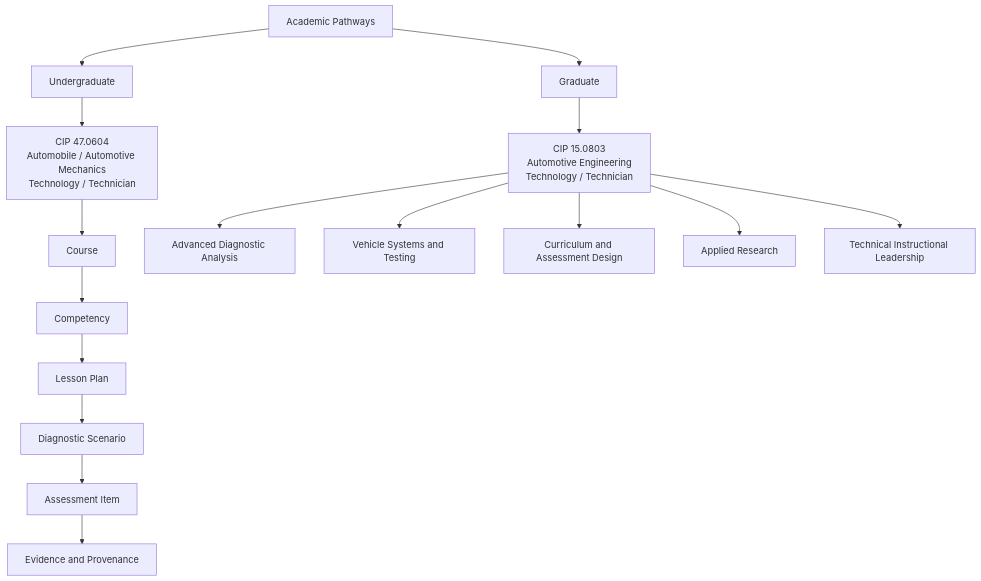
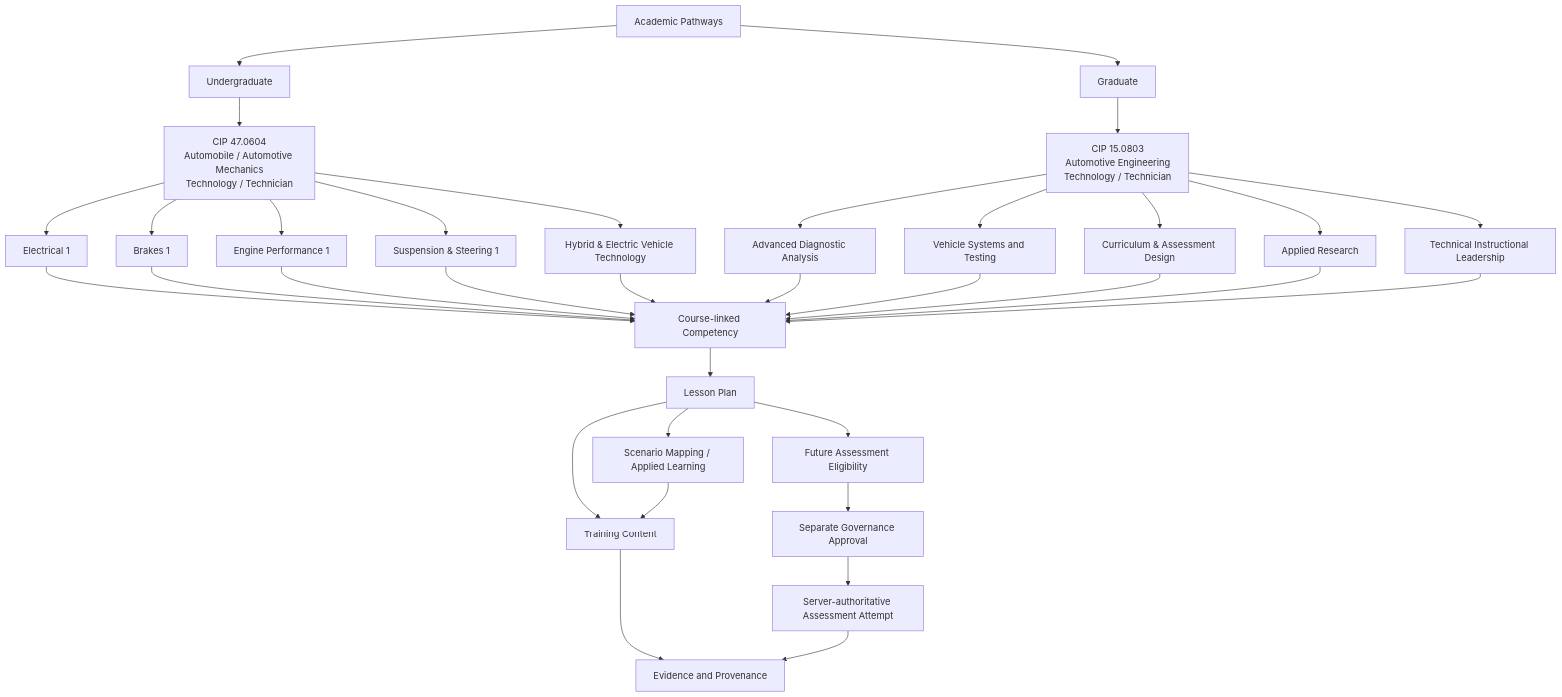
The diagram in docs/ACADEMIC-PATHWAYS.md (73junito/car-diagnosis-simulator), drawn with Mermaid before and after one commit. The commit also changed other lines of this file, not shown here.

Commit message:
docs: update academic pathways mermaid

````diff
--- a/docs/ACADEMIC-PATHWAYS.md
+++ b/docs/ACADEMIC-PATHWAYS.md
@@ -5,20 +7,41 @@
 ```mermaid
 flowchart TD
   A[Academic Pathways] --> U[Undergraduate]
   A --> G[Graduate]
 
   U --> U47[CIP 47.0604<br/>Automobile / Automotive Mechanics<br/>Technology / Technician]
-  U47 --> UC[Course]
-  UC --> UK[Competency]
-  UK --> UL[Lesson Plan]
-  UL --> US[Diagnostic Scenario]
-  US --> UQ[Assessment Item]
-  UQ --> UE[Evidence and Provenance]
+  U47 --> UE[Electrical 1]
+  U47 --> UB[Brakes 1]
+  U47 --> UEP[Engine Performance 1]
+  U47 --> USS["Suspension & Steering 1"]
+  U47 --> UHEV["Hybrid & Electric Vehicle Technology"]
 
   G --> G15[CIP 15.0803<br/>Automotive Engineering<br/>Technology / Technician]
   G15 --> GA[Advanced Diagnostic Analysis]
   G15 --> GT[Vehicle Systems and Testing]
-  G15 --> GC[Curriculum and Assessment Design]
+  G15 --> GC["Curriculum & Assessment Design"]
   G15 --> GR[Applied Research]
   G15 --> GL[Technical Instructional Leadership]
+
+  UE --> C[Course-linked Competency]
+  UB --> C
+  UEP --> C
+  USS --> C
+  UHEV --> C
+  GA --> C
+  GT --> C
+  GC --> C
+  GR --> C
+  GL --> C
+
+  C --> L[Lesson Plan]
+  L --> S[Scenario Mapping / Applied Learning]
+  L --> T[Training Content]
+  S --> T
+  T --> E[Evidence and Provenance]
+
+  L --> AE[Future Assessment Eligibility]
+  AE --> AG[Separate Governance Approval]
+  AG --> AA[Server-authoritative Assessment Attempt]
+  AA --> E
 ```
````
